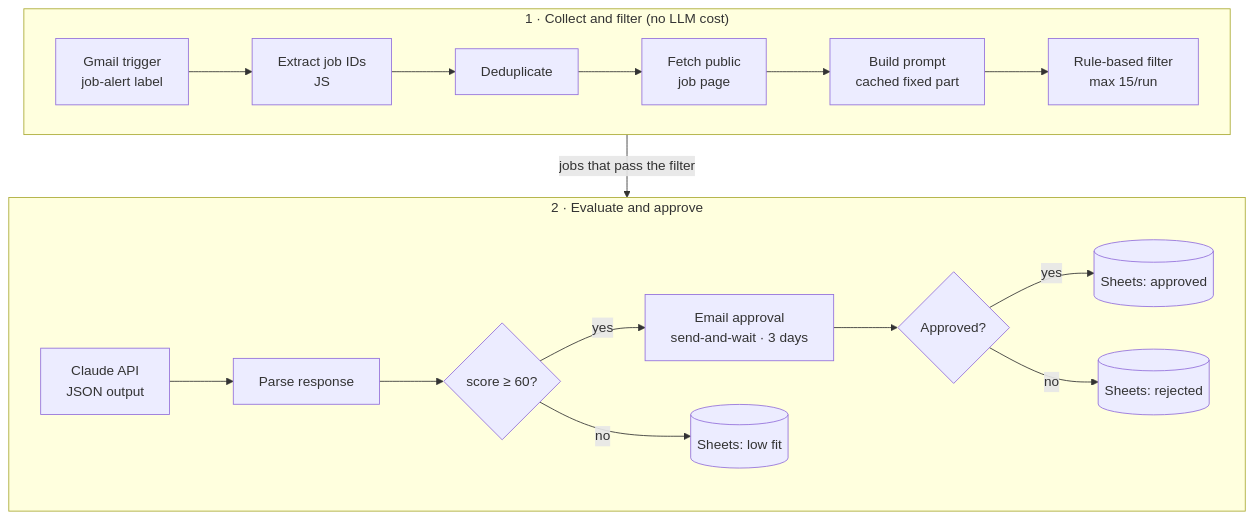
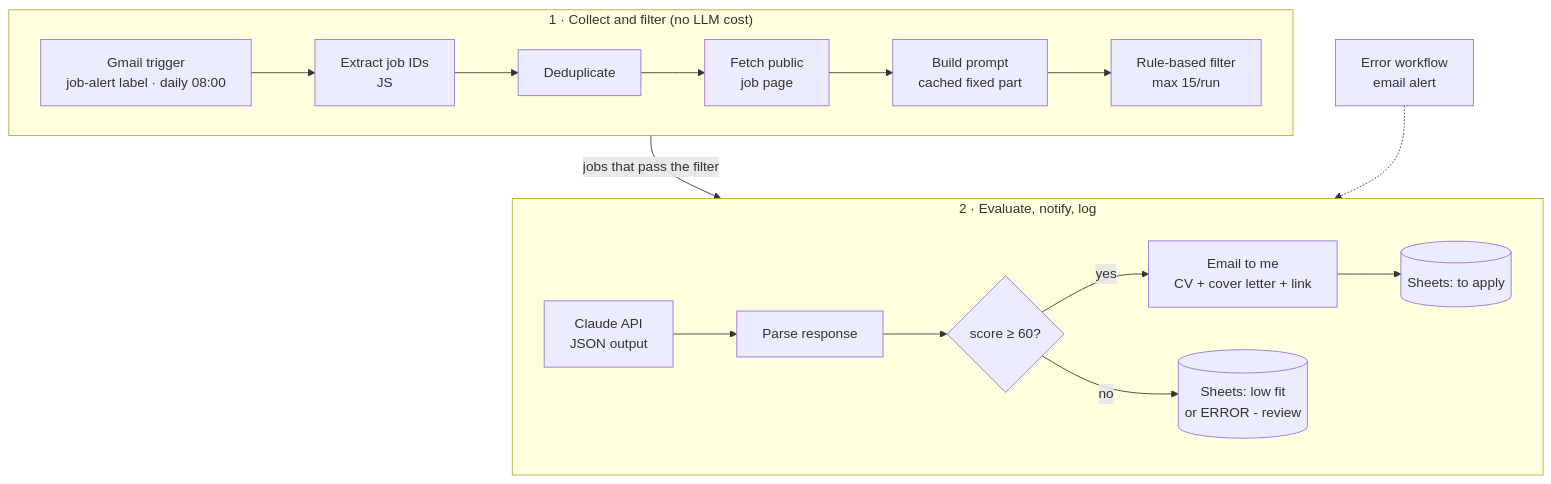
The second of 2 diagrams in README.md (aavelarbelo/llm-job-application-assistant), drawn with Mermaid before and after one commit. The commit also changed other lines of this file and 10 other files, not shown here.

````diff
--- a/README.md
+++ b/README.md
@@ -78,18 +80,17 @@
 ```mermaid
 flowchart TB
     subgraph A[" 1 · Collect and filter (no LLM cost) "]
         direction LR
-        T[Gmail trigger<br/>job-alert label] --> X[Extract job IDs<br/>JS] --> D[Deduplicate]
+        T[Gmail trigger<br/>job-alert label · daily 08:00] --> X[Extract job IDs<br/>JS] --> D[Deduplicate]
         D --> F[Fetch public<br/>job page] --> P[Build prompt<br/>cached fixed part]
         P --> R[Rule-based filter<br/>max 15/run]
     end
-    subgraph B[" 2 · Evaluate and approve "]
+    subgraph B[" 2 · Evaluate, notify, log "]
         direction LR
         C[Claude API<br/>JSON output] --> I[Parse response] --> S{score ≥ 60?}
-        S -- yes --> AP[Email approval<br/>send-and-wait · 3 days] --> Q{Approved?}
-        Q -- yes --> G1[(Sheets: approved)]
-        Q -- no --> G2[(Sheets: rejected)]
-        S -- no --> G3[(Sheets: low fit)]
+        S -- yes --> E[Email to me<br/>CV + cover letter + link] --> G1[(Sheets: to apply)]
+        S -- no --> G2[(Sheets: low fit<br/>or ERROR - review)]
     end
     A -- jobs that pass the filter --> B
+    ERR[Error workflow<br/>email alert] -.-> B
 ```
````
